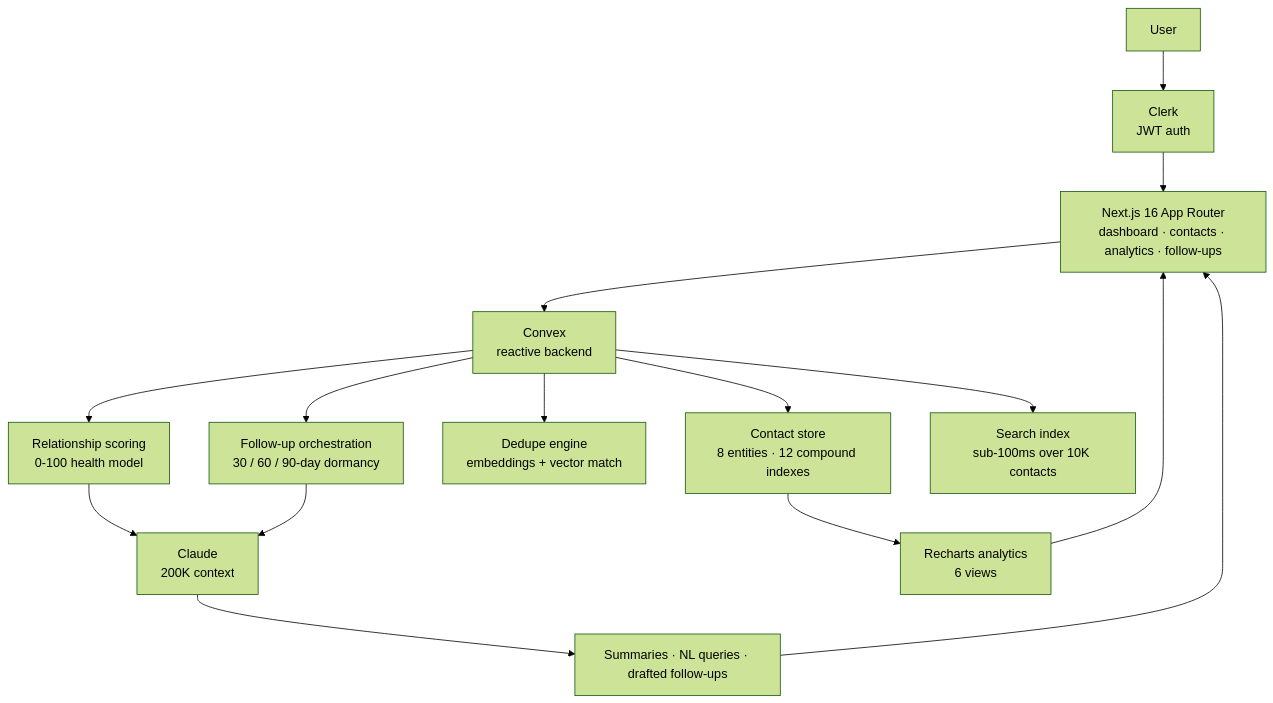
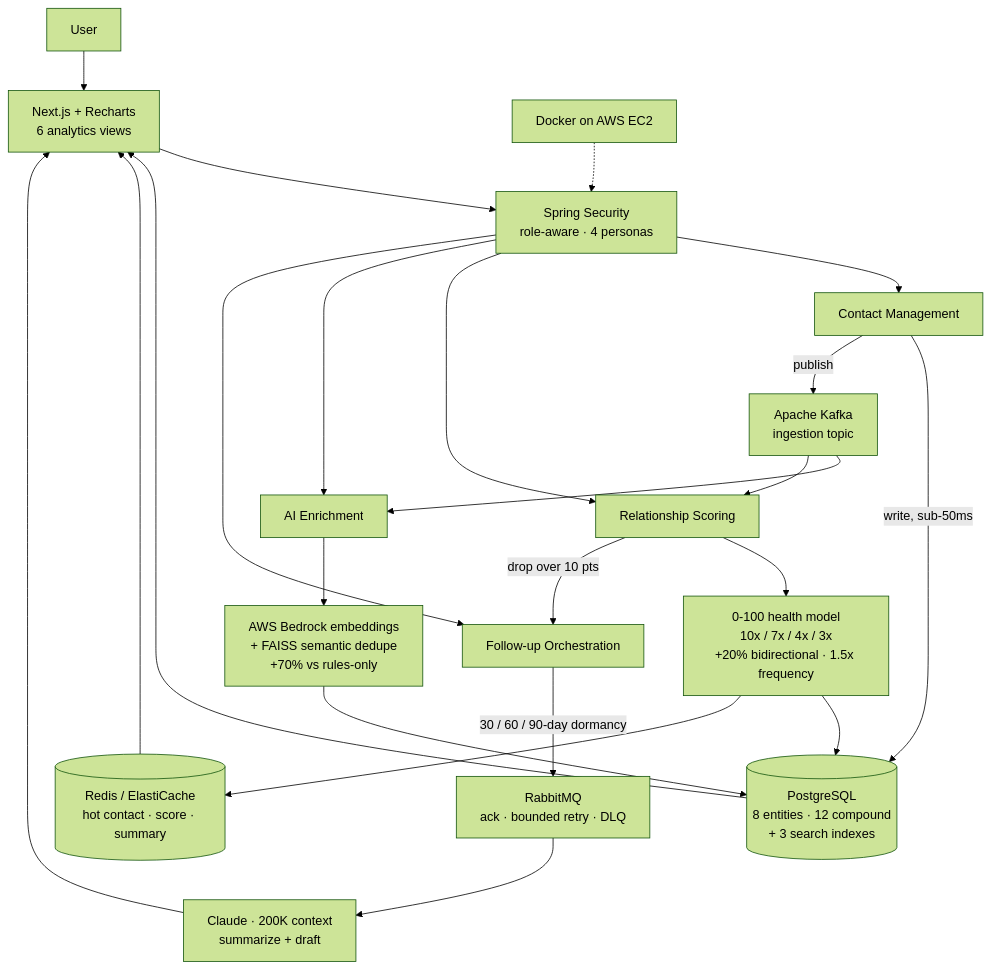
One commit to Brijesh03032001/Nexus changed the first of 3 diagrams in README.md. Above: the diagram before and after it, drawn with Mermaid (forest theme). The commit also changed other lines of this file, not shown here.

First line of the commit message:
Describe the full Spring Boot and Kafka architecture

````diff
--- a/README.md
+++ b/README.md
@@ -39,21 +44,26 @@
 ```mermaid
 flowchart TB
-    U["User"] --> CLERK["Clerk<br/>JWT auth"]
-    CLERK --> APP["Next.js 16 App Router<br/>dashboard · contacts · analytics · follow-ups"]
+    U["User"] --> WEB["Next.js + Recharts<br/>6 analytics views"]
+    WEB --> SEC["Spring Security<br/>role-aware · 4 personas"]
 
-    APP --> CVX["Convex<br/>reactive backend"]
+    SEC --> S1["Contact Management"]
+    SEC --> S2["Relationship Scoring"]
+    SEC --> S3["AI Enrichment"]
+    SEC --> S4["Follow-up Orchestration"]
 
-    CVX --> M1["Contact store<br/>8 entities · 12 compound indexes"]
-    CVX --> M2["Relationship scoring<br/>0-100 health model"]
-    CVX --> M3["Dedupe engine<br/>embeddings + vector match"]
-    CVX --> M4["Follow-up orchestration<br/>30 / 60 / 90-day dormancy"]
-    CVX --> M5["Search index<br/>sub-100ms over 10K contacts"]
+    S1 -->|"write, sub-50ms"| PG[("PostgreSQL<br/>8 entities · 12 compound<br/>+ 3 search indexes")]
+    S1 -->|"publish"| KAF["Apache Kafka<br/>ingestion topic"]
 
-    M2 --> CLAUDE["Claude<br/>200K context"]
-    M4 --> CLAUDE
-    CLAUDE --> DRAFT["Summaries · NL queries · drafted follow-ups"]
+    KAF --> S3 --> BED["AWS Bedrock embeddings<br/>+ FAISS semantic dedupe<br/>+70% vs rules-only"] --> PG
+    KAF --> S2 --> SCORE["0-100 health model<br/>10x / 7x / 4x / 3x<br/>+20% bidirectional · 1.5x frequency"]
+    SCORE --> PG
+    SCORE --> RDS[("Redis / ElastiCache<br/>hot contact · score · summary")]
 
-    M1 --> CHARTS["Recharts analytics<br/>6 views"]
-    DRAFT --> APP
-    CHARTS --> APP
+    S2 -->|"drop over 10 pts"| S4
+    S4 -->|"30 / 60 / 90-day dormancy"| MQ["RabbitMQ<br/>ack · bounded retry · DLQ"]
+    MQ --> CLA["Claude · 200K context<br/>summarize + draft"] --> WEB
+
+    RDS --> WEB
+    PG --> WEB
+    DOCK["Docker on AWS EC2"] -.-> SEC
 ```
````
